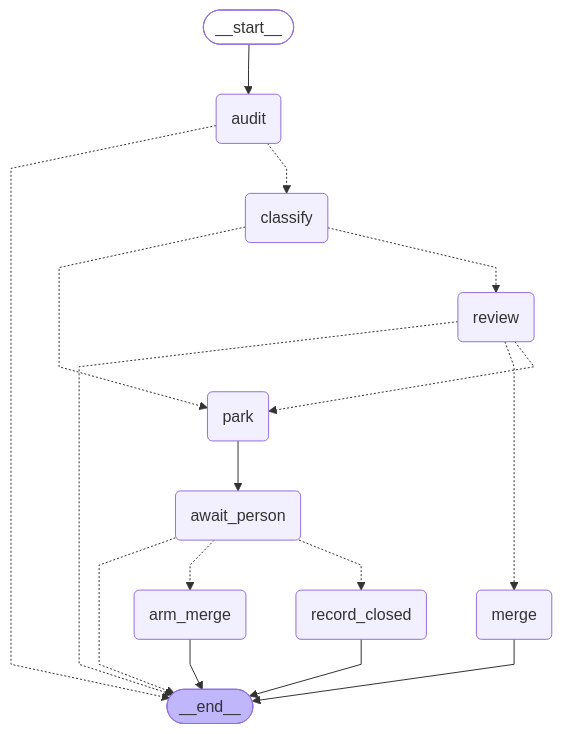
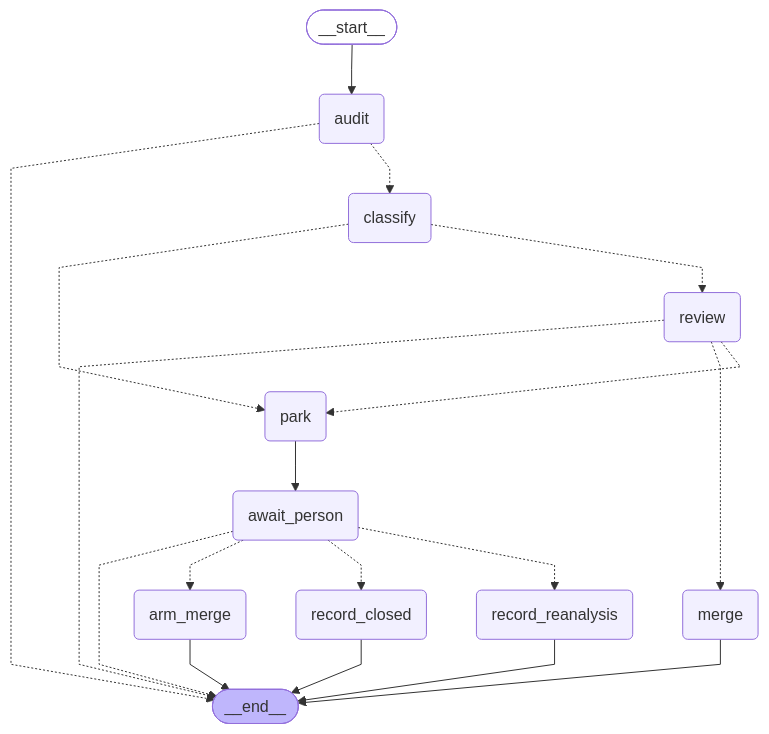
The diagram in docs/graph.md (Misoto22/touchstone), drawn with Mermaid before and after one commit. The commit also changed 17 other files, not shown here.

````diff
--- a/docs/graph.md
+++ b/docs/graph.md
@@ -4,36 +4,39 @@
 ```mermaid
 ---
 config:
   flowchart:
     curve: linear
 ---
 graph TD;
 	__start__([<p>__start__</p>]):::first
 	audit(audit)
 	classify(classify)
 	review(review)
 	merge(merge)
 	park(park)
 	await_person(await_person)
 	arm_merge(arm_merge)
 	record_closed(record_closed)
+	record_reanalysis(record_reanalysis)
 	__end__([<p>__end__</p>]):::last
 	__start__ --> audit;
 	audit -.-> __end__;
 	audit -.-> classify;
 	await_person -.-> __end__;
 	await_person -.-> arm_merge;
 	await_person -.-> record_closed;
+	await_person -.-> record_reanalysis;
 	classify -.-> park;
 	classify -.-> review;
 	park --> await_person;
 	review -.-> __end__;
 	review -.-> merge;
 	review -.-> park;
 	arm_merge --> __end__;
 	merge --> __end__;
 	record_closed --> __end__;
+	record_reanalysis --> __end__;
 	classDef default fill:#f2f0ff,line-height:1.2
 	classDef first fill-opacity:0
 	classDef last fill:#bfb6fc
 ```
````
